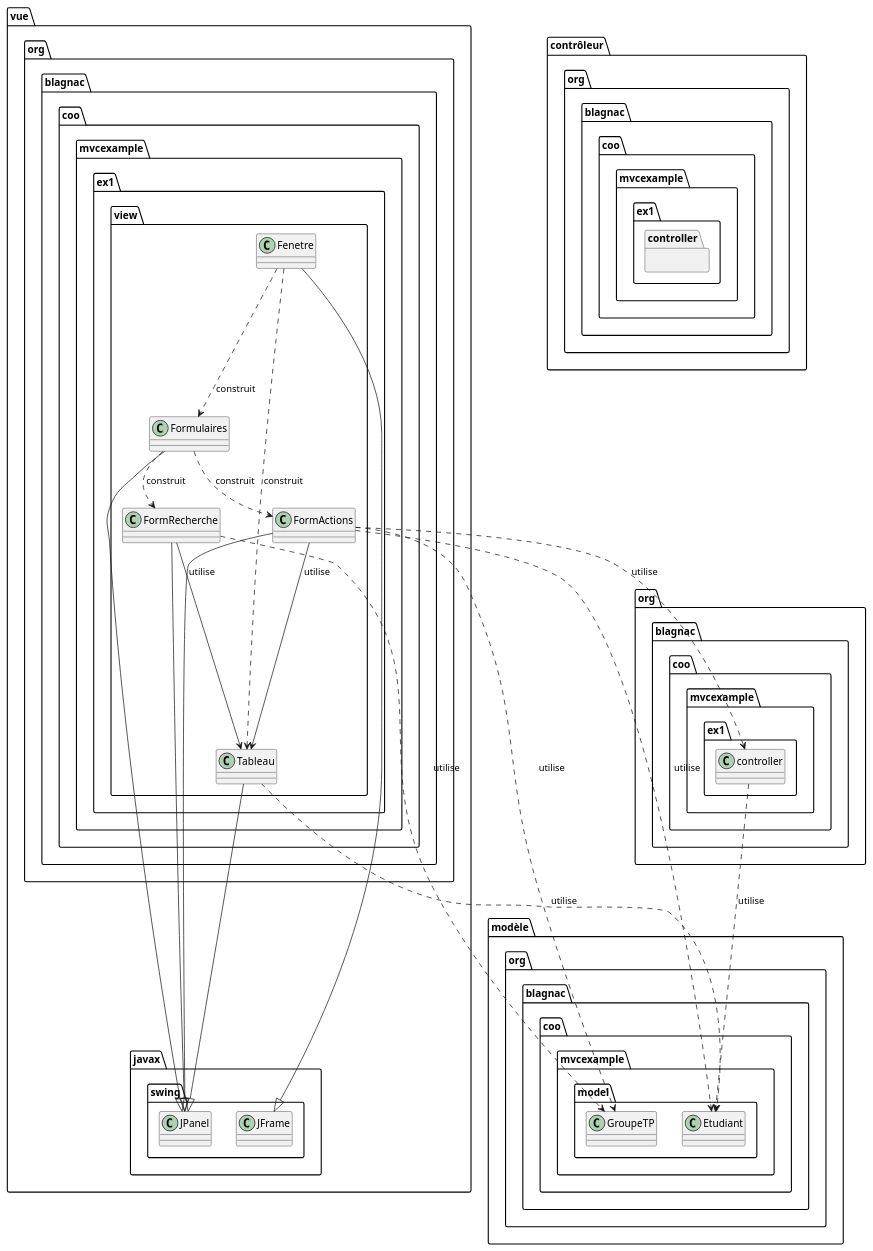
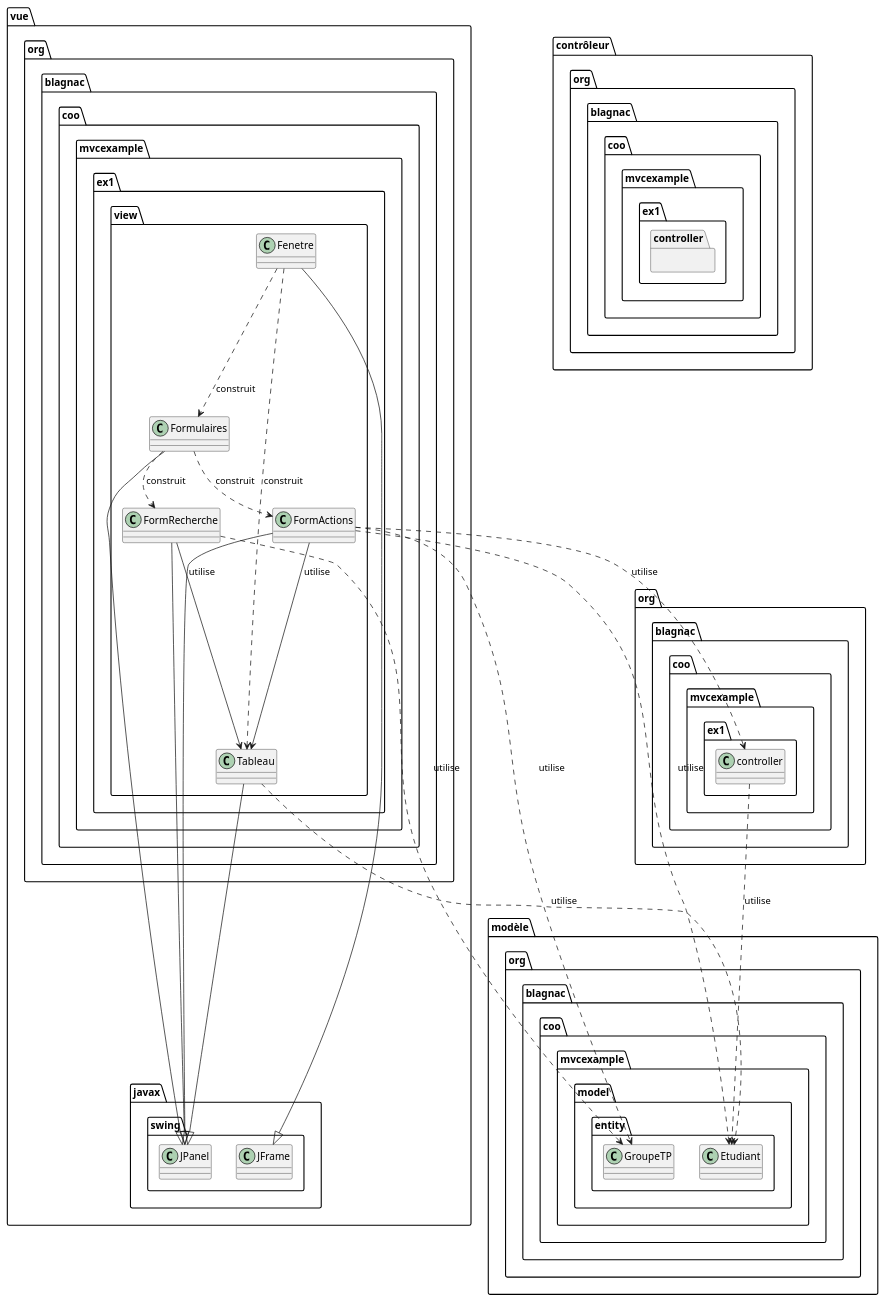
Before and after one commit to tgoubin/mvc-example: the third of 5 diagrams in src/main/doc/exemple1.adoc, drawn with PlantUML. The commit also changed other lines of this file and 4 other files, not shown here.

```diff
--- a/src/main/doc/exemple1.adoc
+++ b/src/main/doc/exemple1.adoc
@@ -180,53 +180,53 @@
 [plantuml, "ex1-vue", png]  
 ----
 @startuml
 
 folder vue {
 	package javax.swing {
 		class JFrame
 		class JPanel
 	}
 	
 	package org.blagnac.coo.mvcexample.ex1.view {
 		class Fenetre
 		class Formulaires
 		class Tableau
 		class FormRecherche
 		class FormActions
 	}
 }
 
 folder modèle {
-	package org.blagnac.coo.mvcexample.model {
+	package org.blagnac.coo.mvcexample.model.entity {
 	    class Etudiant
 	    class GroupeTP
 	}
 }
 
 folder contrôleur {
 	package org.blagnac.coo.mvcexample.ex1.controller {
 	}
 }
 
 Fenetre --|> JFrame
 Formulaires --|> JPanel
 Tableau --|> JPanel
 FormRecherche --|> JPanel
 FormActions --|> JPanel
 
 Fenetre ..> Formulaires: construit
 Fenetre ..> Tableau: construit
 Formulaires ..> FormRecherche: construit
 Formulaires ..> FormActions: construit
 FormRecherche --> Tableau: utilise
 FormActions --> Tableau: utilise
 
 FormRecherche ..> GroupeTP: utilise
 FormActions ..> GroupeTP: utilise
 FormActions ..> Etudiant: utilise
 FormActions ..> org.blagnac.coo.mvcexample.ex1.controller: utilise
 Tableau ..> Etudiant: utilise
 org.blagnac.coo.mvcexample.ex1.controller ..> Etudiant: utilise
 
 @enduml
 ----
```
